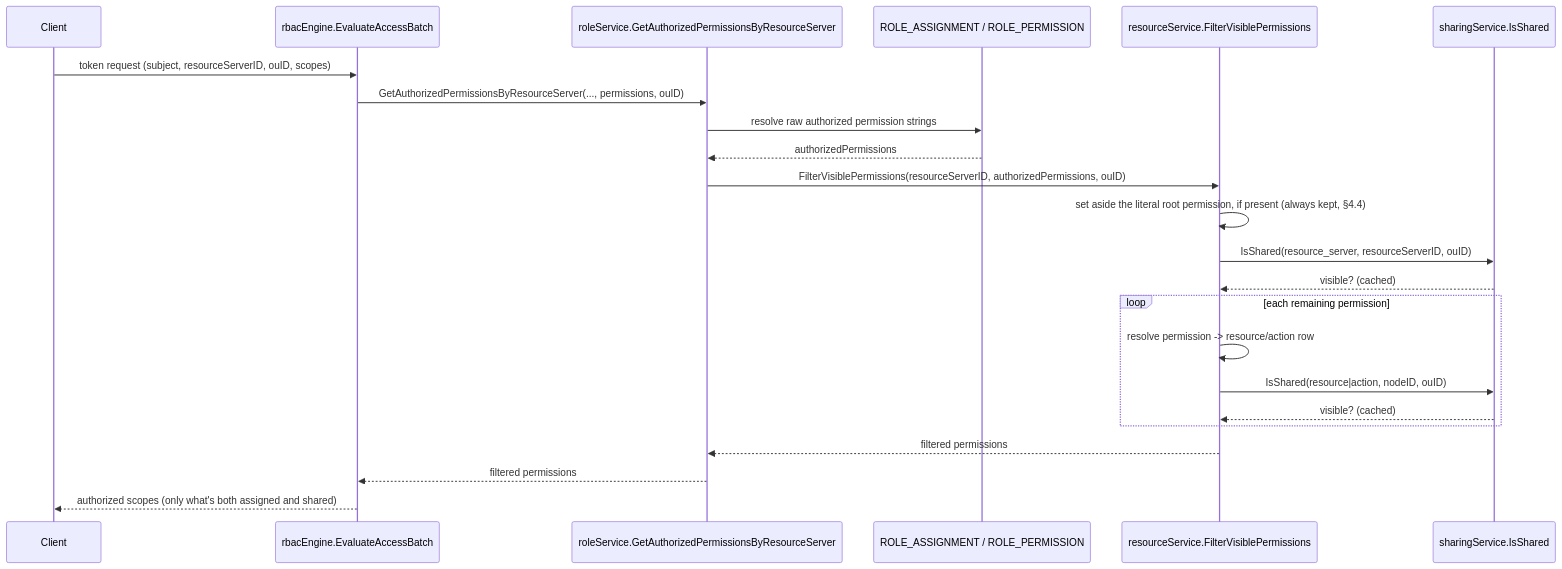
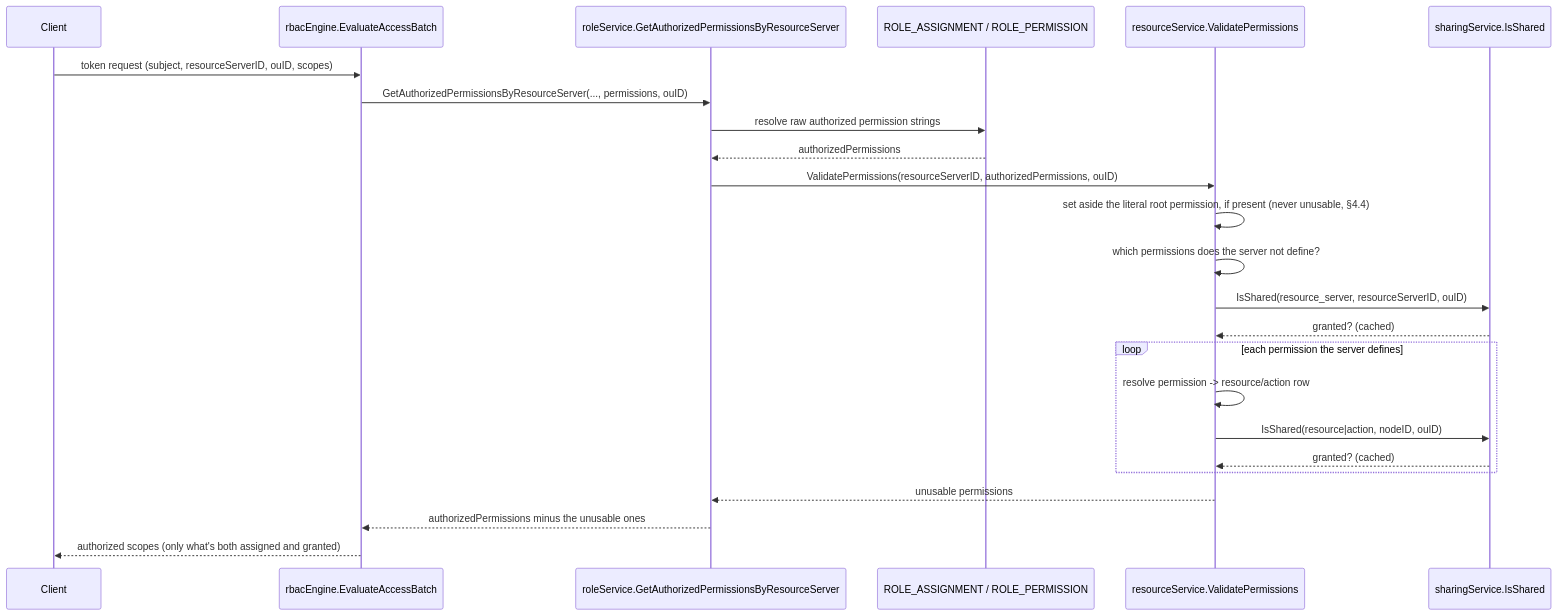
The diagram in B2B-Reference/B2B_RESOURCE_SHARING_DESIGN.md (AnuradhaSK/thunder), drawn with Mermaid before and after one commit. The commit also changed other lines of this file and 85 other files, not shown here.

````diff
--- a/B2B-Reference/B2B_RESOURCE_SHARING_DESIGN.md
+++ b/B2B-Reference/B2B_RESOURCE_SHARING_DESIGN.md
@@ -195,26 +217,27 @@
 ```mermaid
 sequenceDiagram
     participant Client
     participant RBAC as rbacEngine.EvaluateAccessBatch
     participant Role as roleService.GetAuthorizedPermissionsByResourceServer
     participant Store as ROLE_ASSIGNMENT / ROLE_PERMISSION
-    participant Res as resourceService.FilterVisiblePermissions
+    participant Res as resourceService.ValidatePermissions
     participant Sharing as sharingService.IsShared
 
     Client->>RBAC: token request (subject, resourceServerID, ouID, scopes)
     RBAC->>Role: GetAuthorizedPermissionsByResourceServer(..., permissions, ouID)
     Role->>Store: resolve raw authorized permission strings
     Store-->>Role: authorizedPermissions
-    Role->>Res: FilterVisiblePermissions(resourceServerID, authorizedPermissions, ouID)
-    Res->>Res: set aside the literal root permission, if present (always kept, §4.4)
+    Role->>Res: ValidatePermissions(resourceServerID, authorizedPermissions, ouID)
+    Res->>Res: set aside the literal root permission, if present (never unusable, §4.4)
+    Res->>Res: which permissions does the server not define?
     Res->>Sharing: IsShared(resource_server, resourceServerID, ouID)
-    Sharing-->>Res: visible? (cached)
-    loop each remaining permission
+    Sharing-->>Res: granted? (cached)
+    loop each permission the server defines
         Res->>Res: resolve permission -> resource/action row
         Res->>Sharing: IsShared(resource|action, nodeID, ouID)
-        Sharing-->>Res: visible? (cached)
+        Sharing-->>Res: granted? (cached)
     end
-    Res-->>Role: filtered permissions
-    Role-->>RBAC: filtered permissions
-    RBAC-->>Client: authorized scopes (only what's both assigned and shared)
+    Res-->>Role: unusable permissions
+    Role-->>RBAC: authorizedPermissions minus the unusable ones
+    RBAC-->>Client: authorized scopes (only what's both assigned and granted)
 ```
````
